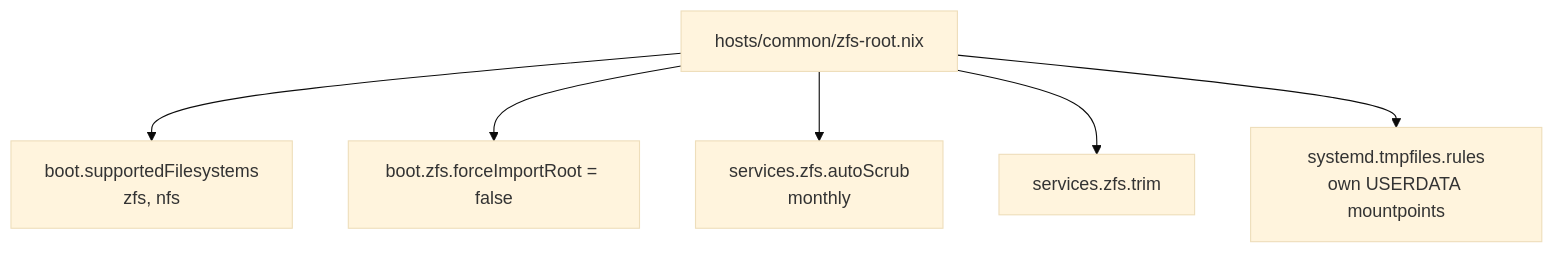
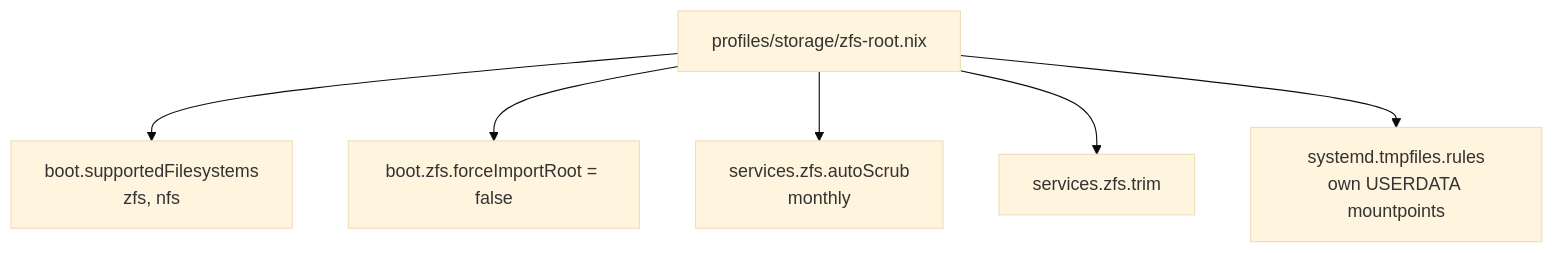
The sixth of 8 diagrams in docs/server-configuration-route.md (axler8r/nixotic), drawn with Mermaid (base theme) before and after one commit. The commit also changed other lines of this file and 5 other files, not shown here.

````diff
--- a/docs/server-configuration-route.md
+++ b/docs/server-configuration-route.md
@@ -273,15 +287,15 @@
 ```mermaid
 flowchart TD
-    ZfsRoot["hosts/common/zfs-root.nix"]
+    ZfsRoot["profiles/storage/zfs-root.nix"]
     Filesystems["boot.supportedFilesystems\nzfs, nfs"]
     Import["boot.zfs.forceImportRoot = false"]
     Scrub["services.zfs.autoScrub\nmonthly"]
     Trim["services.zfs.trim"]
     Tmpfiles["systemd.tmpfiles.rules\nown USERDATA mountpoints"]
 
     ZfsRoot --> Filesystems
     ZfsRoot --> Import
     ZfsRoot --> Scrub
     ZfsRoot --> Trim
     ZfsRoot --> Tmpfiles
 ```
````
